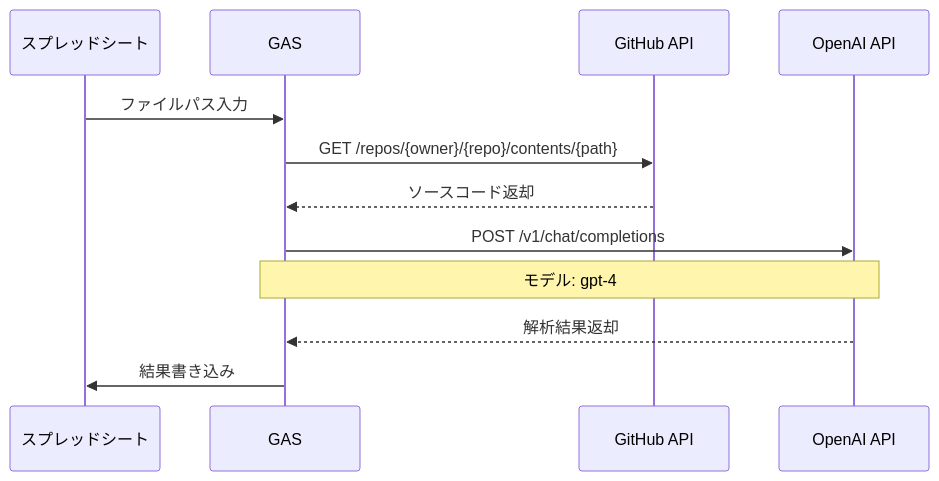
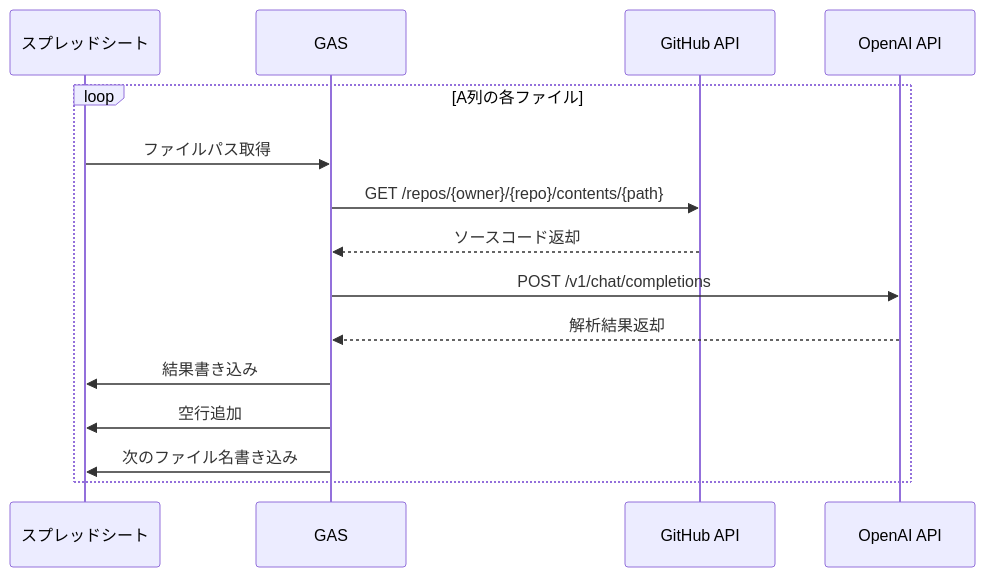
One commit to yukimasda/gas changed the diagram in BD_N2/analyzer.md. Above: the diagram before and after it, drawn with Mermaid. The commit also changed 2 other files, not shown here.

Commit message:
🧠🧠AI解析複数ファイル対応

````diff
--- a/BD_N2/analyzer.md
+++ b/BD_N2/analyzer.md
@@ -6,15 +6,18 @@
 ```mermaid
 sequenceDiagram
     participant Sheet as スプレッドシート
     participant Script as GAS
     participant GitHub as GitHub API
     participant OpenAI as OpenAI API
     
-    Sheet->>Script: ファイルパス入力
-    Script->>GitHub: GET /repos/{owner}/{repo}/contents/{path}
-    GitHub-->>Script: ソースコード返却
-    Script->>OpenAI: POST /v1/chat/completions
-    Note over Script,OpenAI: モデル: gpt-4
-    OpenAI-->>Script: 解析結果返却
-    Script->>Sheet: 結果書き込み
+    loop A列の各ファイル
+        Sheet->>Script: ファイルパス取得
+        Script->>GitHub: GET /repos/{owner}/{repo}/contents/{path}
+        GitHub-->>Script: ソースコード返却
+        Script->>OpenAI: POST /v1/chat/completions
+        OpenAI-->>Script: 解析結果返却
+        Script->>Sheet: 結果書き込み
+        Script->>Sheet: 空行追加
+        Script->>Sheet: 次のファイル名書き込み
+    end
 ```
````
